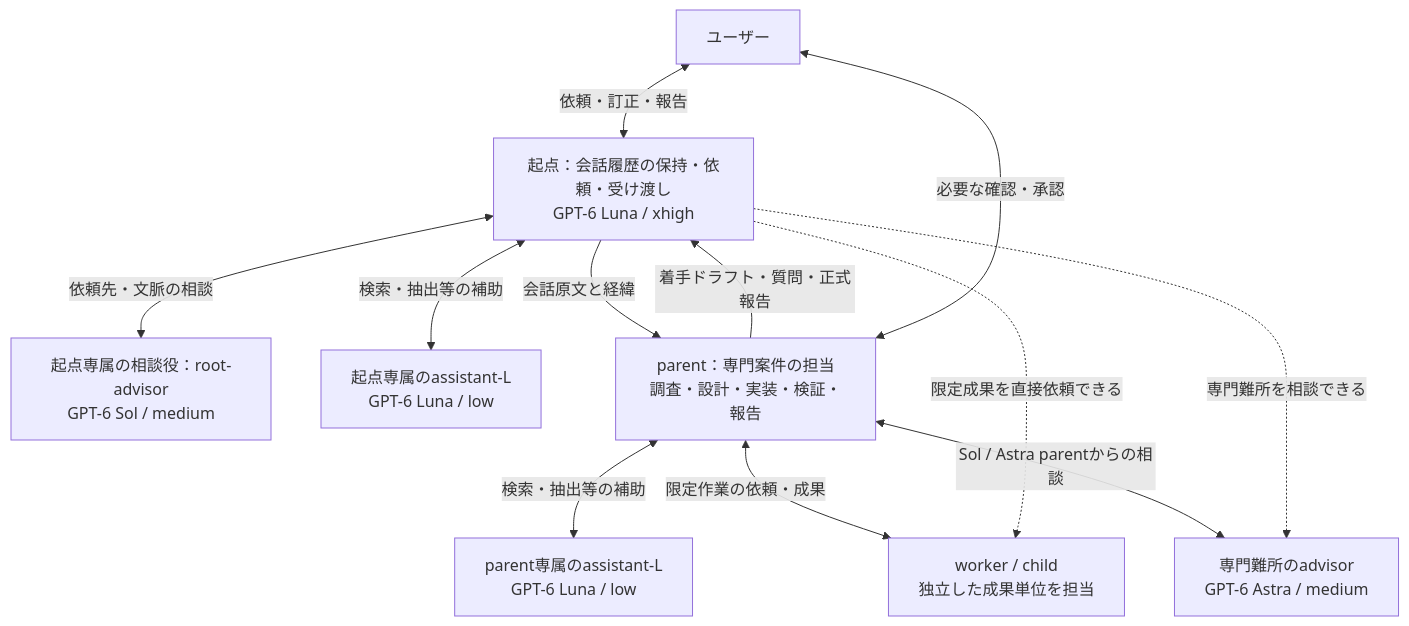
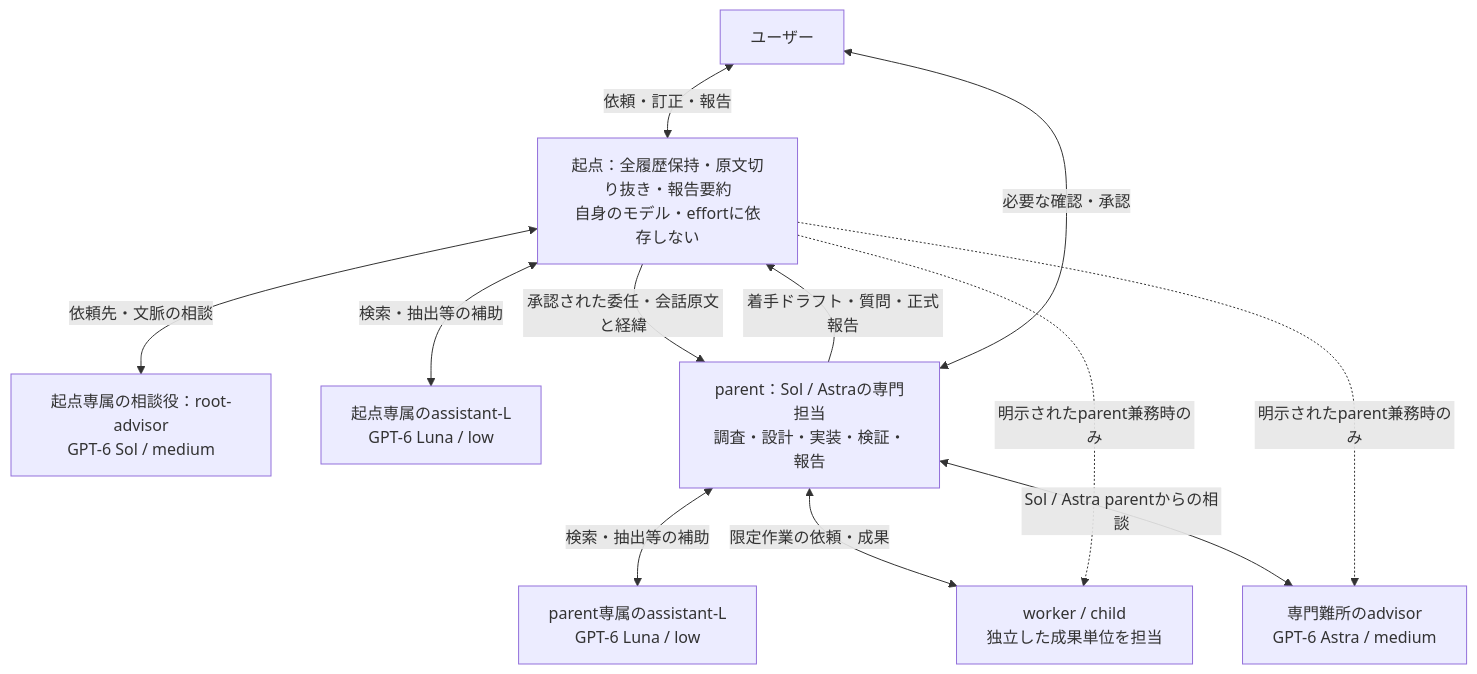
Before and after one commit to unagi/dotfiles: the first of 2 diagrams in docs/codex-subagents.md, drawn with Mermaid. The commit also changed other lines of this file and 11 other files, not shown here.

First line of the commit message:
fix(codex)!: retire Luna parent and clarify root routing

````diff
--- a/docs/codex-subagents.md
+++ b/docs/codex-subagents.md
@@ -15,22 +17,22 @@
 ```mermaid
 flowchart TB
     U["ユーザー"]
-    R["起点：会話履歴の保持・依頼・受け渡し<br/>GPT-6 Luna / xhigh"]
+    R["起点：全履歴保持・原文切り抜き・報告要約<br/>自身のモデル・effortに依存しない"]
     RA["起点専属の相談役：root-advisor<br/>GPT-6 Sol / medium"]
     A0["起点専属のassistant-L<br/>GPT-6 Luna / low"]
-    P["parent：専門案件の担当<br/>調査・設計・実装・検証・報告"]
+    P["parent：Sol / Astraの専門担当<br/>調査・設計・実装・検証・報告"]
     A1["parent専属のassistant-L<br/>GPT-6 Luna / low"]
     W["worker / child<br/>独立した成果単位を担当"]
     AD["専門難所のadvisor<br/>GPT-6 Astra / medium"]
     U <-->|"依頼・訂正・報告"| R
     R <-->|"依頼先・文脈の相談"| RA
     R <-->|"検索・抽出等の補助"| A0
-    R -->|"会話原文と経緯"| P
+    R -->|"承認された委任・会話原文と経緯"| P
     P -->|"着手ドラフト・質問・正式報告"| R
     P <-->|"必要な確認・承認"| U
     P <-->|"検索・抽出等の補助"| A1
     P <-->|"限定作業の依頼・成果"| W
     P <-->|"Sol / Astra parentからの相談"| AD
-    R -.->|"限定成果を直接依頼できる"| W
-    R -.->|"専門難所を相談できる"| AD
+    R -.->|"明示されたparent兼務時のみ"| W
+    R -.->|"明示されたparent兼務時のみ"| AD
 ```
````
